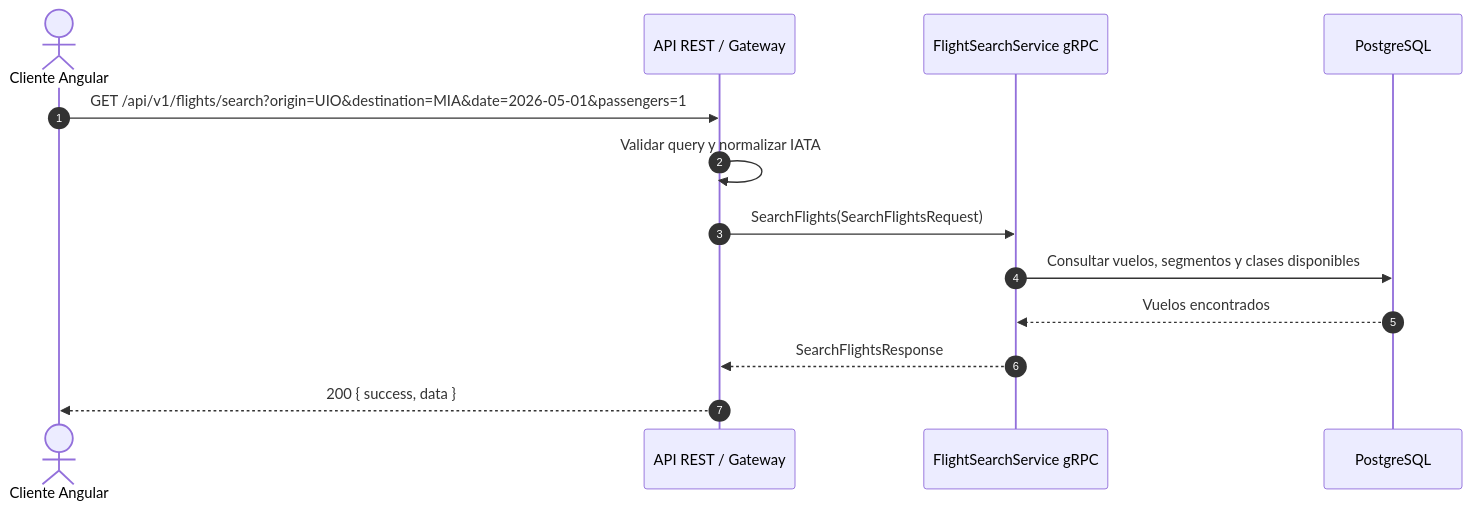
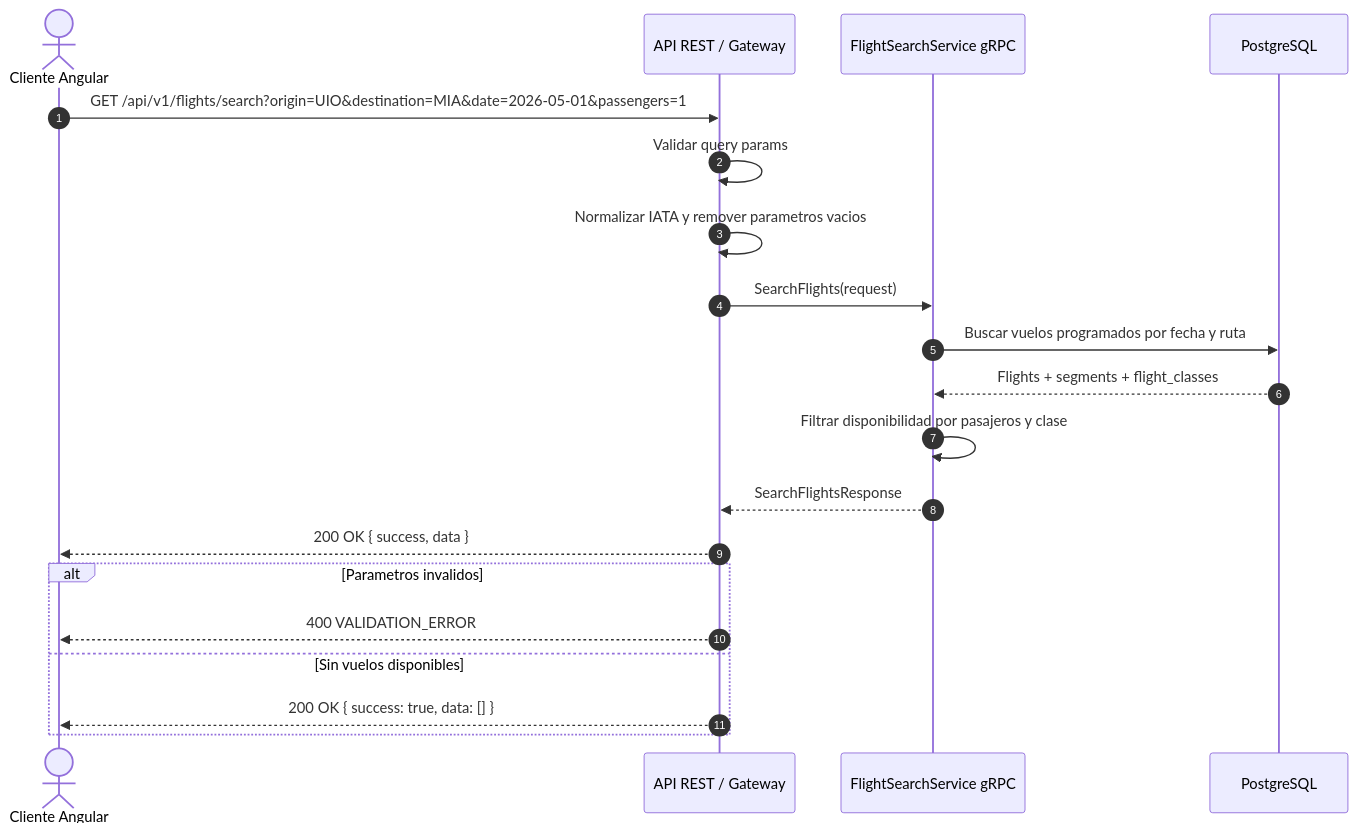
The fourth of 8 diagrams in Sistema_vuelos.v1/docs/diagramas-secuencia-grpc.md (jccevallost/Integracion.Sistemas2026), drawn with Mermaid before and after one commit. The commit also changed other lines of this file and 2 other files, not shown here.

````diff
--- a/Sistema_vuelos.v1/docs/diagramas-secuencia-grpc.md
+++ b/Sistema_vuelos.v1/docs/diagramas-secuencia-grpc.md
@@ -17,16 +100,24 @@
 ```mermaid
 sequenceDiagram
     autonumber
     actor Cliente as Cliente Angular
     participant Gateway as API REST / Gateway
     participant FlightSvc as FlightSearchService gRPC
     participant DB as PostgreSQL
 
     Cliente->>Gateway: GET /api/v1/flights/search?origin=UIO&destination=MIA&date=2026-05-01&passengers=1
-    Gateway->>Gateway: Validar query y normalizar IATA
-    Gateway->>FlightSvc: SearchFlights(SearchFlightsRequest)
-    FlightSvc->>DB: Consultar vuelos, segmentos y clases disponibles
-    DB-->>FlightSvc: Vuelos encontrados
+    Gateway->>Gateway: Validar query params
+    Gateway->>Gateway: Normalizar IATA y remover parametros vacios
+    Gateway->>FlightSvc: SearchFlights(request)
+    FlightSvc->>DB: Buscar vuelos programados por fecha y ruta
+    DB-->>FlightSvc: Flights + segments + flight_classes
+    FlightSvc->>FlightSvc: Filtrar disponibilidad por pasajeros y clase
     FlightSvc-->>Gateway: SearchFlightsResponse
-    Gateway-->>Cliente: 200 { success, data }
+    Gateway-->>Cliente: 200 OK { success, data }
+
+    alt Parametros invalidos
+        Gateway-->>Cliente: 400 VALIDATION_ERROR
+    else Sin vuelos disponibles
+        Gateway-->>Cliente: 200 OK { success: true, data: [] }
+    end
 ```
````
